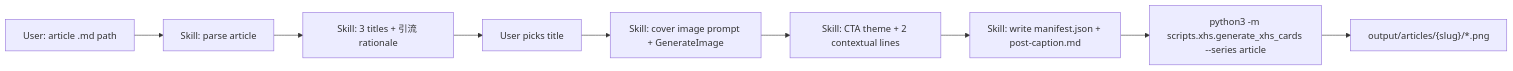
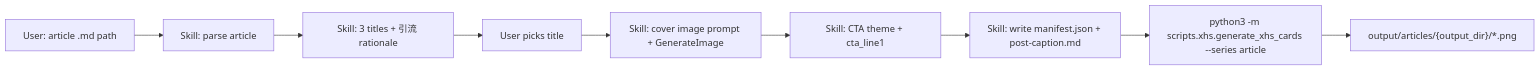
The diagram in docs/superpowers/specs/2026-06-27-xhs-article-cards-design.md (wygmjdd/wygmjdd.github.io), drawn with Mermaid before and after one commit. The commit also changed other lines of this file and 16 other files, not shown here.

````diff
--- a/docs/superpowers/specs/2026-06-27-xhs-article-cards-design.md
+++ b/docs/superpowers/specs/2026-06-27-xhs-article-cards-design.md
@@ -72,11 +72,11 @@
 ```mermaid
 flowchart LR
   A[User: article .md path] --> B[Skill: parse article]
   B --> C[Skill: 3 titles + 引流 rationale]
   C --> D[User picks title]
   D --> E[Skill: cover image prompt + GenerateImage]
-  E --> F[Skill: CTA theme + 2 contextual lines]
+  E --> F[Skill: CTA theme + cta_line1]
   F --> G[Skill: write manifest.json + post-caption.md]
   G --> H["python3 -m scripts.xhs.generate_xhs_cards --series article"]
-  H --> I["output/articles/{slug}/*.png"]
+  H --> I["output/articles/{output_dir}/*.png"]
 ```
````
